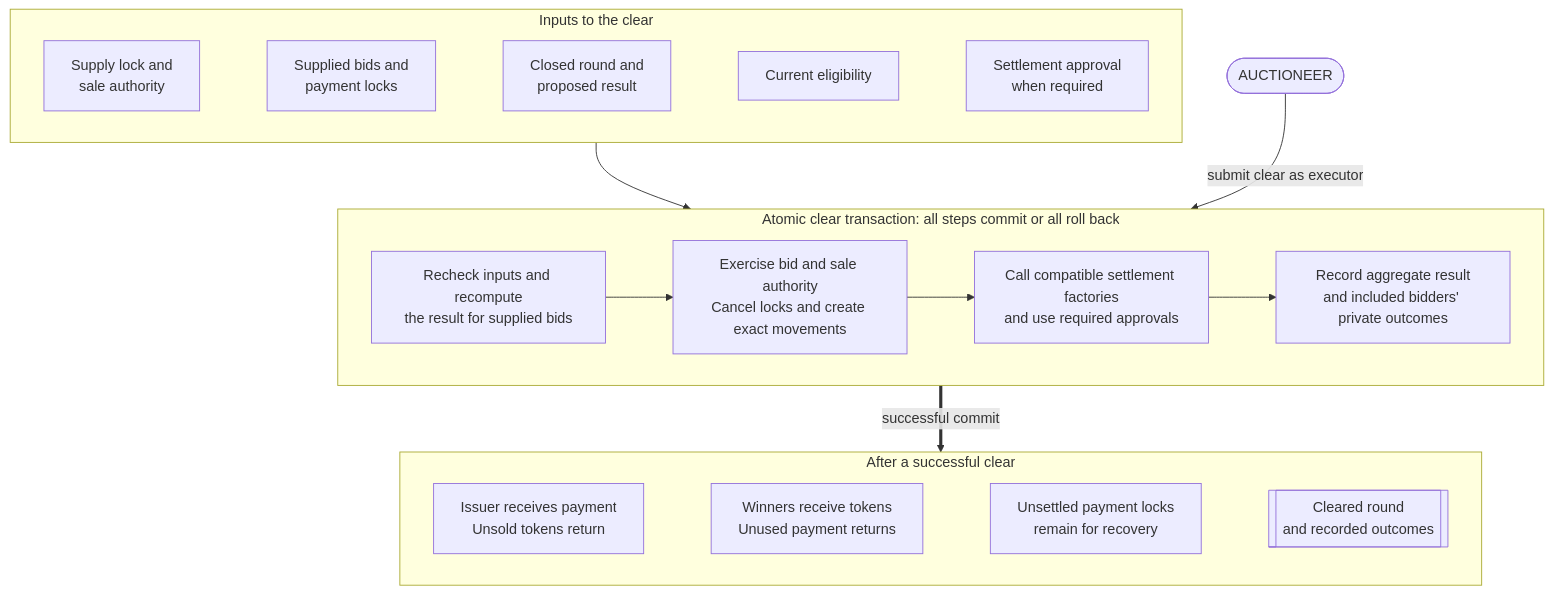
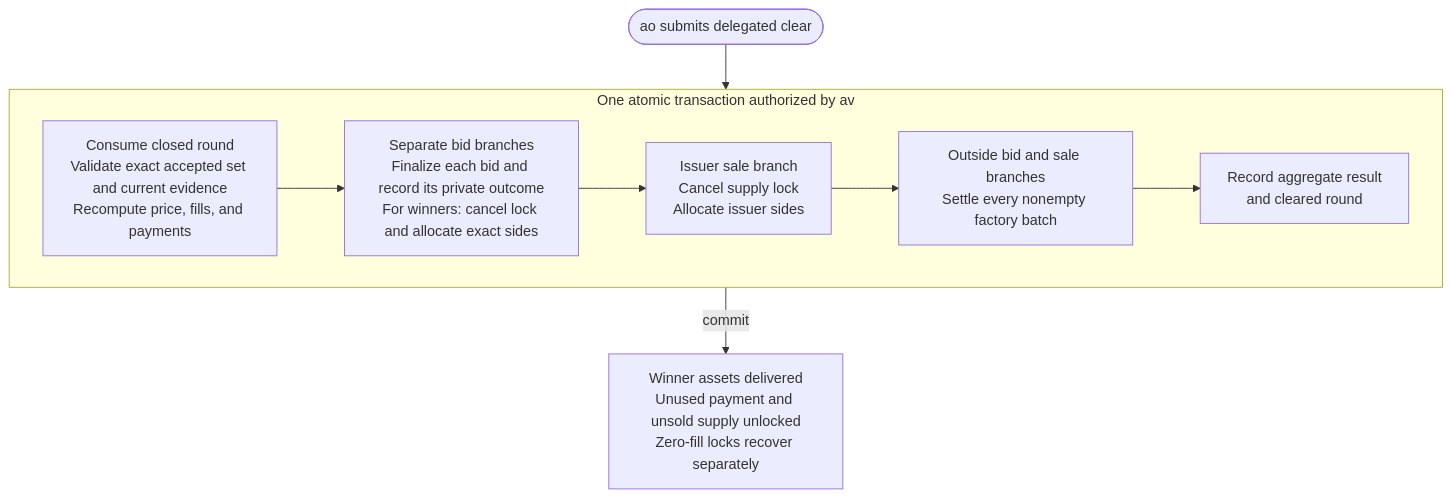
Before and after one commit to OpenZeppelin/canton-specs: the fifth of 6 diagrams in docs/reference-architectures/confidential-auction.md, drawn with Mermaid. The commit also changed other lines of this file, not shown here.

Commit message:
feat: full consistency pass over more descriptive flows

````diff
--- a/docs/reference-architectures/confidential-auction.md
+++ b/docs/reference-architectures/confidential-auction.md
@@ -519,46 +595,14 @@
 ```mermaid
 flowchart TB
-    Auctioneer([AUCTIONEER])
-
-    subgraph Inputs["Inputs to the clear"]
-        direction LR
-        Supply["Supply lock and<br/>sale authority"]
-        Payments["Supplied bids and<br/>payment locks"]
-        Proposal["Closed round and<br/>proposed result"]
-        Eligibility["Current eligibility"]
-        Approval["Settlement approval<br/>when required"]
-
-        Supply ~~~ Payments
-        Payments ~~~ Proposal
-        Proposal ~~~ Eligibility
-        Eligibility ~~~ Approval
+    Operator([ao submits delegated clear])
+    subgraph ClearTx["One atomic transaction authorized by av"]
+        Validate["Consume closed round<br/>Validate exact accepted set and current evidence<br/>Recompute price, fills, and payments"]
+        Bids["Separate bid branches<br/>Finalize each bid and record its private outcome<br/>For winners: cancel lock and allocate exact sides"]
+        Sale["Issuer sale branch<br/>Cancel supply lock<br/>Allocate issuer sides"]
+        Batches["Outside bid and sale branches<br/>Settle every nonempty factory batch"]
+        Result["Record aggregate result<br/>and cleared round"]
+        Validate --> Bids --> Sale --> Batches --> Result
     end
-
-    subgraph ClearTx["Atomic clear transaction: all steps commit or all roll back"]
-        direction LR
-        Validate["Recheck inputs and recompute<br/>the result for supplied bids"]
-        Exact["Exercise bid and sale authority<br/>Cancel locks and create exact movements"]
-        Settle["Call compatible settlement factories<br/>and use required approvals"]
-        Record["Record aggregate result<br/>and included bidders' private outcomes"]
-
-        Exact --> Settle
-        Validate --> Exact
-        Settle --> Record
-    end
-
-    subgraph Outcome["After a successful clear"]
-        direction LR
-        IssuerResult["Issuer receives payment<br/>Unsold tokens return"]
-        WinnerResult["Winners receive tokens<br/>Unused payment returns"]
-        Remaining["Unsettled payment locks<br/>remain for recovery"]
-        RoundResult[["Cleared round<br/>and recorded outcomes"]]
-
-        IssuerResult ~~~ WinnerResult
-        WinnerResult ~~~ Remaining
-        Remaining ~~~ RoundResult
-    end
-
-    Inputs --> ClearTx
-    Auctioneer -->|"submit clear as executor"| ClearTx
-    ClearTx ==>|"successful commit"| Outcome
+    Operator --> ClearTx
+    ClearTx -->|"commit"| Done["Winner assets delivered<br/>Unused payment and unsold supply unlocked<br/>Zero-fill locks recover separately"]
 ```
````
